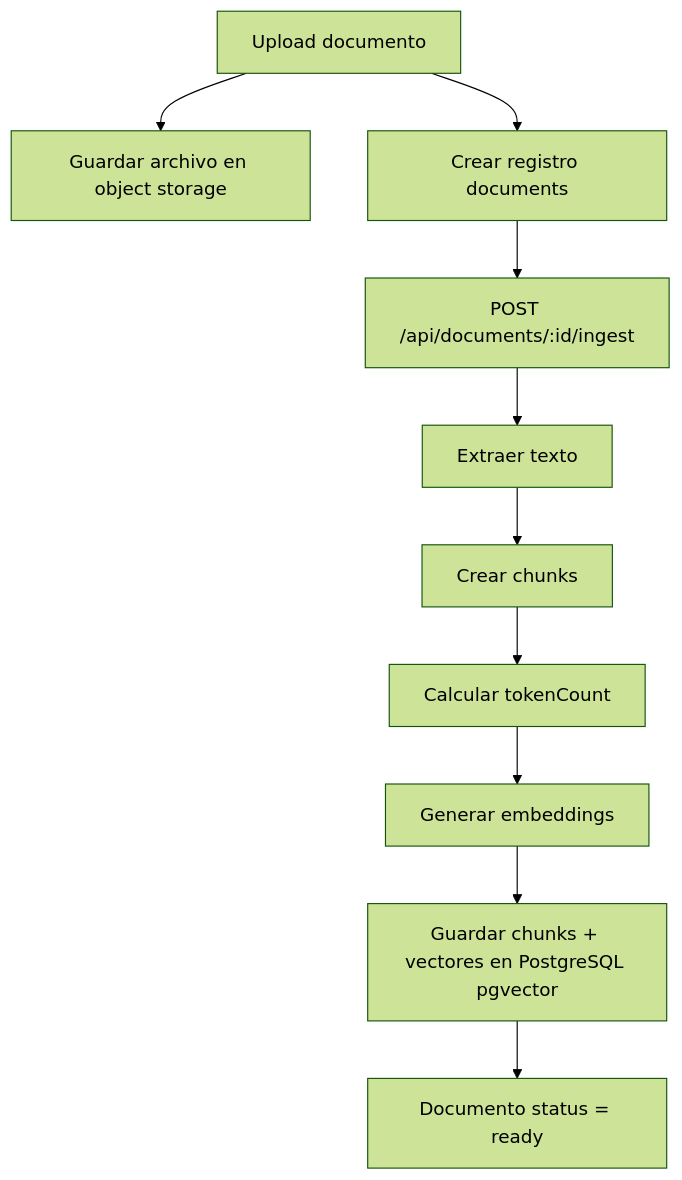
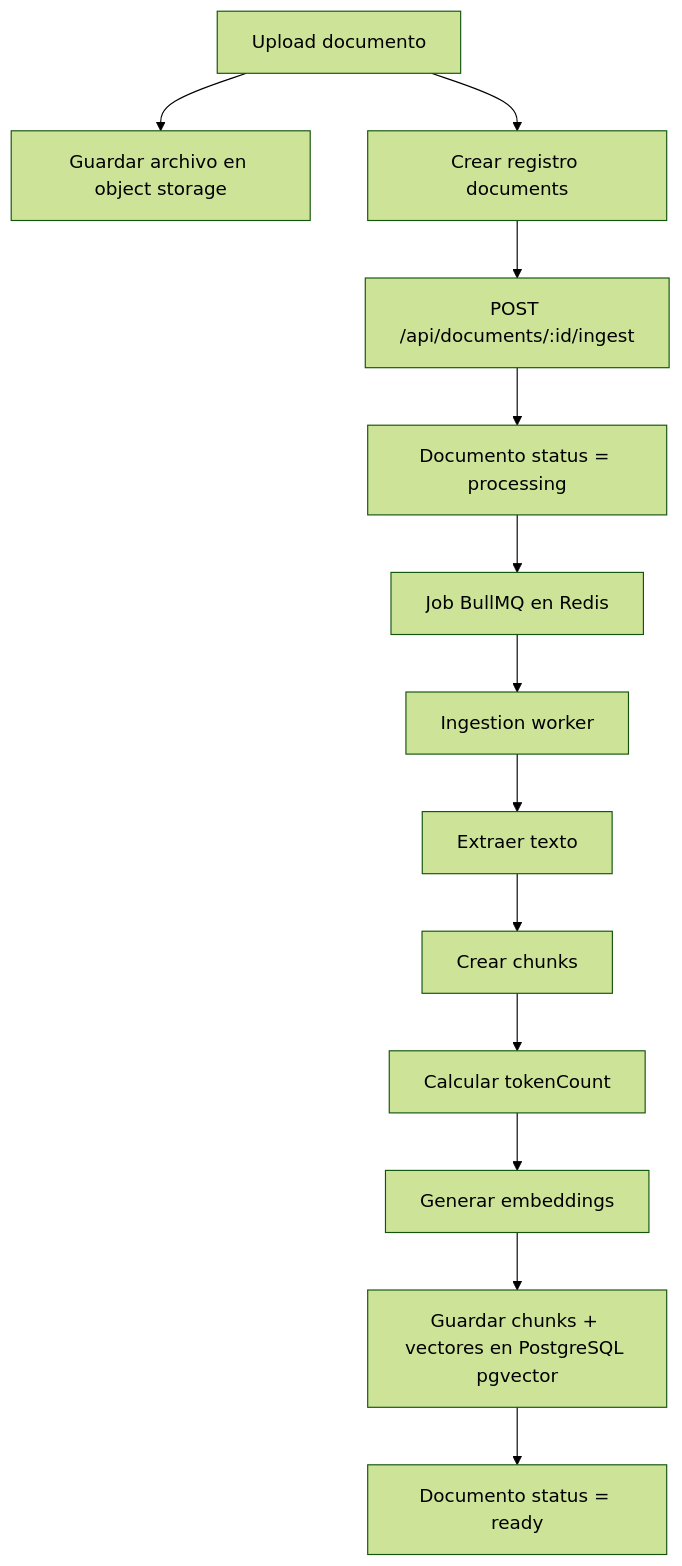
One commit to Janeitor/tenant-ai-platform changed the second of 4 diagrams in README.md. Above: the diagram before and after it, drawn with Mermaid (forest theme). The commit also changed other lines of this file and 17 other files, not shown here.

````diff
--- a/README.md
+++ b/README.md
@@ -480,12 +502,15 @@
 ```mermaid
 flowchart TD
   Upload["Upload documento"] --> ObjectStorage["Guardar archivo en object storage"]
   Upload --> DocumentRow["Crear registro documents"]
   DocumentRow --> Ingest["POST /api/documents/:id/ingest"]
-  Ingest --> Extract["Extraer texto"]
+  Ingest --> Processing["Documento status = processing"]
+  Processing --> Queue["Job BullMQ en Redis"]
+  Queue --> Worker["Ingestion worker"]
+  Worker --> Extract["Extraer texto"]
   Extract --> Chunk["Crear chunks"]
   Chunk --> Tokens["Calcular tokenCount"]
   Tokens --> Embeddings["Generar embeddings"]
   Embeddings --> Pgvector["Guardar chunks + vectores en PostgreSQL pgvector"]
   Pgvector --> Ready["Documento status = ready"]
 ```
````
